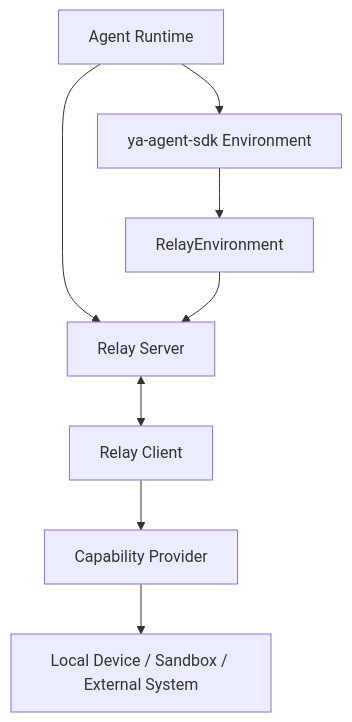
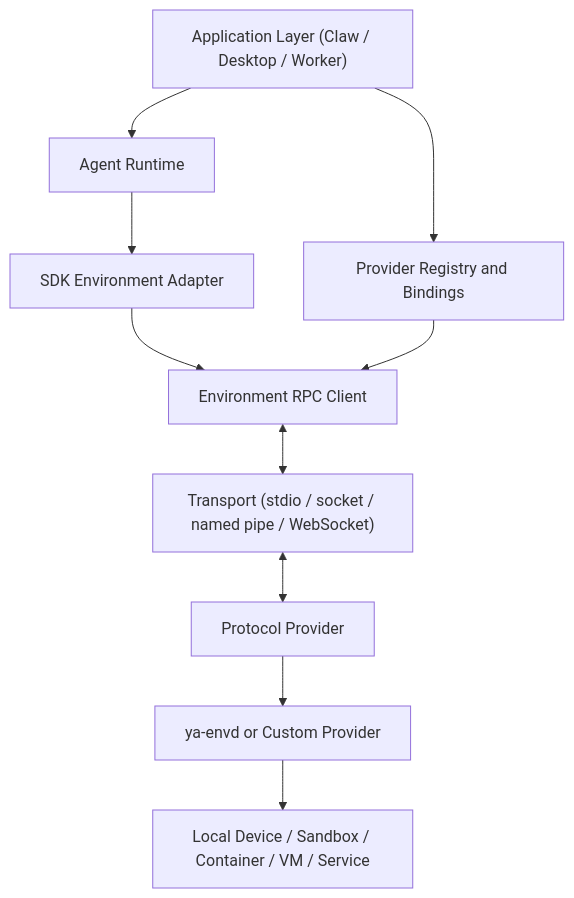
One commit to Alexsu26/ya-mono changed the first of 2 diagrams in packages/ya-environment-relay/spec/01-overview.md. Above: the diagram before and after it, drawn with Mermaid. The commit also changed other lines of this file and 108 other files, not shown here.

First line of the commit message:
chore: remove ya desktop app (#298)

````diff
--- a/packages/ya-environment-relay/spec/01-overview.md
+++ b/packages/ya-environment-relay/spec/01-overview.md
@@ -11,11 +37,13 @@
 ```mermaid
 flowchart TB
-    Runtime[Agent Runtime] --> RelayServer[Relay Server]
-    RelayServer <--> RelayClient[Relay Client]
-    RelayClient --> Provider[Capability Provider]
-    Provider --> Target[Local Device / Sandbox / External System]
+    Runtime["Agent Runtime"] --> Adapter["SDK Environment Adapter"]
+    Adapter --> RpcClient["Environment RPC Client"]
+    RpcClient <--> Transport["Transport (stdio / socket / named pipe / WebSocket)"]
+    Transport <--> Provider["Protocol Provider"]
+    Provider --> Daemon["ya-envd or Custom Provider"]
+    Daemon --> Target["Local Device / Sandbox / Container / VM / Service"]
 
-    Runtime --> SDK[ya-agent-sdk Environment]
-    SDK --> RelayEnvironment[RelayEnvironment]
-    RelayEnvironment --> RelayServer
+    App["Application Layer (Claw / Desktop / Worker)"] --> Runtime
+    App --> ProviderRegistry["Provider Registry and Bindings"]
+    ProviderRegistry --> RpcClient
 ```
````
